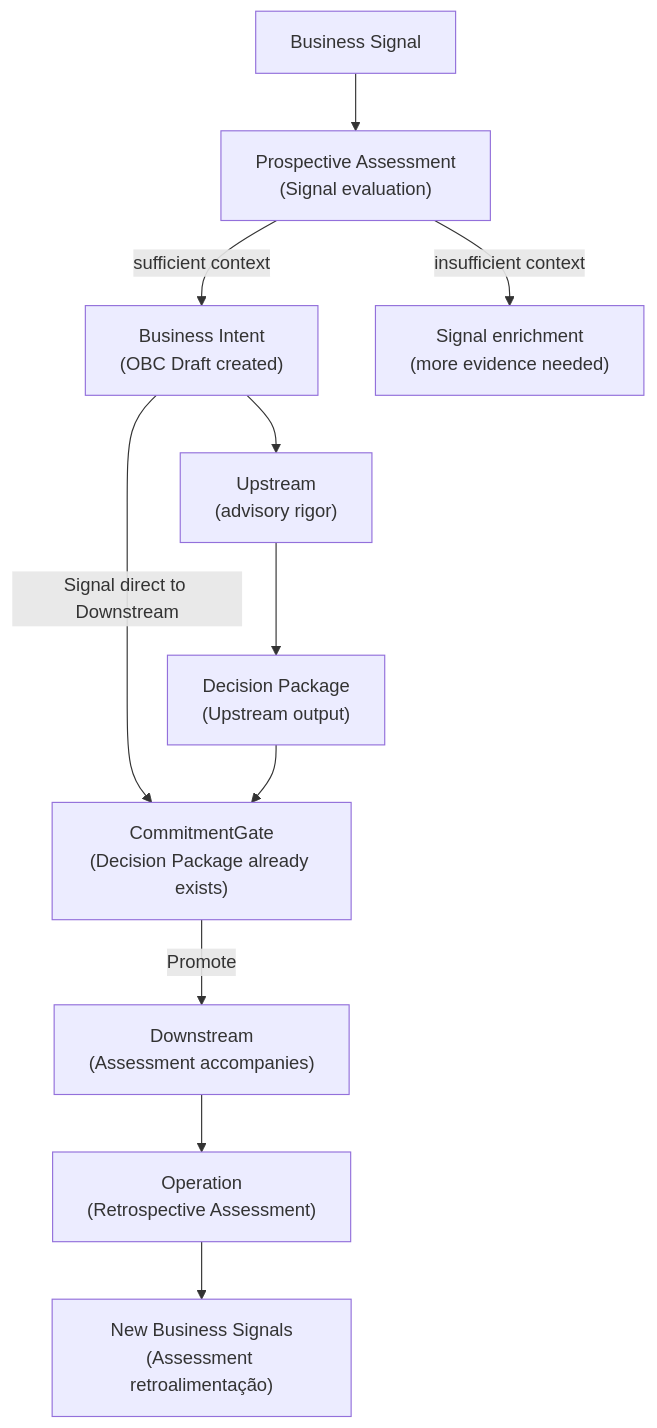
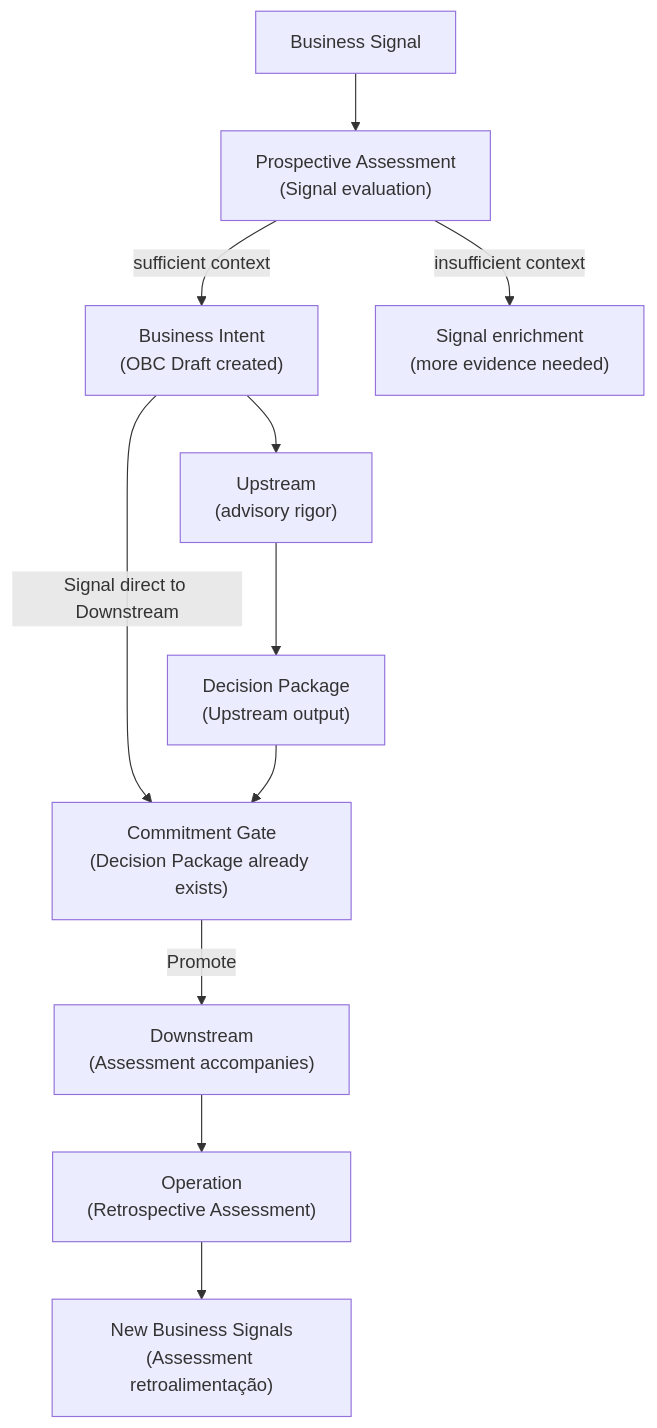
Before and after one commit to produtoreativo/from-intent-to-outcome: the second of 3 diagrams in en/chapter-04.md, drawn with Mermaid. The commit also changed other lines of this file and 26 other files, not shown here.

````diff
--- a/en/chapter-04.md
+++ b/en/chapter-04.md
@@ -67,13 +67,13 @@
 ```mermaid
 graph TD
     BS["Business Signal"] --> A["Prospective Assessment\n(Signal evaluation)"]
     A --> |"sufficient context"| BI["Business Intent\n(OBC Draft created)"]
     A --> |"insufficient context"| EV["Signal enrichment\n(more evidence needed)"]
     BI --> UP["Upstream\n(advisory rigor)"]
-    BI --> |"Signal direct to Downstream"| CG["CommitmentGate\n(Decision Package already exists)"]
+    BI --> |"Signal direct to Downstream"| CG["Commitment Gate\n(Decision Package already exists)"]
     UP --> DP["Decision Package\n(Upstream output)"]
     DP --> CG
     CG --> |"Promote"| DS["Downstream\n(Assessment accompanies)"]
     DS --> OP["Operation\n(Retrospective Assessment)"]
     OP --> NBS["New Business Signals\n(Assessment retroalimentação)"]
 ```
````
